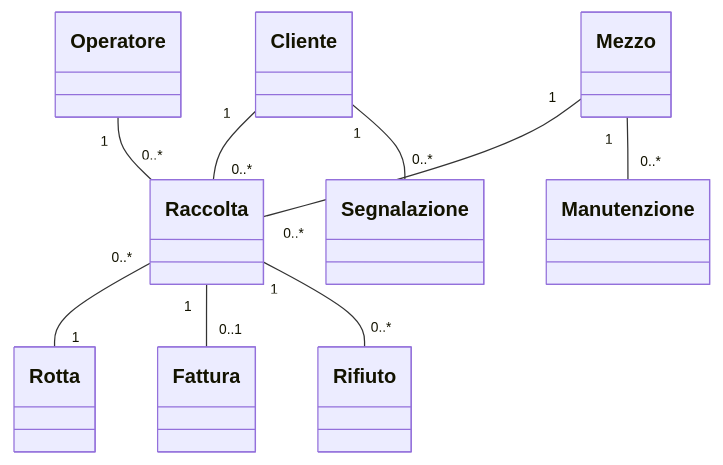
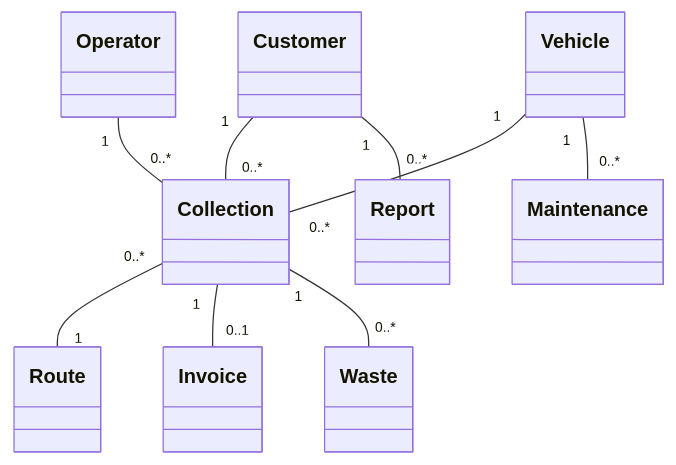
Before and after one commit to Alex-Cambrini/pss24-25-WasteMaster-Cambrini-Ferrari-Ragazzini: the first of 8 diagrams in README.md, drawn with Mermaid. The commit also changed other lines of this file, not shown here.

````diff
--- a/README.md
+++ b/README.md
@@ -66,21 +67,21 @@
 ```mermaid
 classDiagram
-    class Cliente
-    class Operatore
-    class Mezzo
-    class Rifiuto
-    class Raccolta
-    class Rotta
-    class Fattura
-    class Segnalazione
-    class Manutenzione
+    class Customer
+    class Operator
+    class Vehicle
+    class Waste
+    class Collection
+    class Route
+    class Invoice
+    class Report
+    class Maintenance
 
-    Cliente "1" -- "0..*" Raccolta
-    Operatore "1" -- "0..*" Raccolta
-    Mezzo "1" -- "0..*" Raccolta
-    Mezzo "1" -- "0..*" Manutenzione
-    Raccolta "0..*" -- "1" Rotta
-    Raccolta "1" -- "0..1" Fattura
-    Cliente "1" -- "0..*" Segnalazione
-    Raccolta "1" -- "0..*" Rifiuto
+    Customer "1" -- "0..*" Collection
+    Operator "1" -- "0..*" Collection
+    Vehicle "1" -- "0..*" Collection
+    Vehicle "1" -- "0..*" Maintenance
+    Collection "0..*" -- "1" Route
+    Collection "1" -- "0..1" Invoice
+    Customer "1" -- "0..*" Report
+    Collection "1" -- "0..*" Waste
 ```
````
